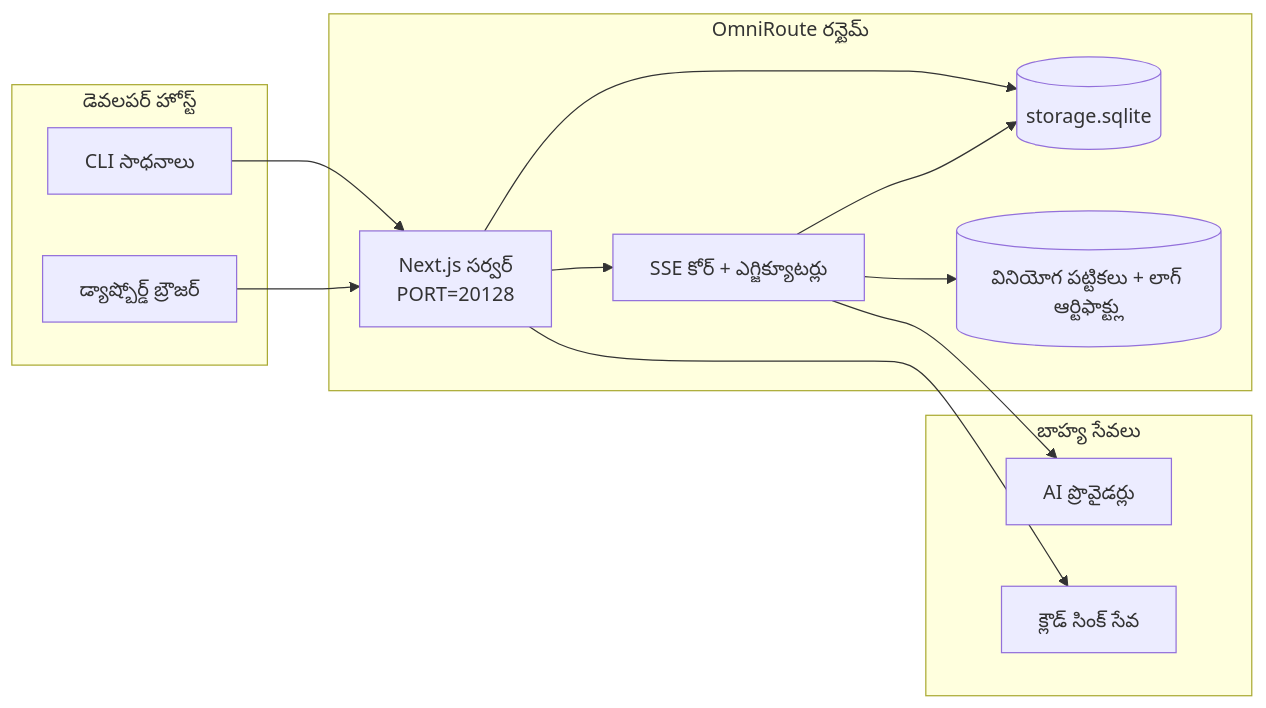
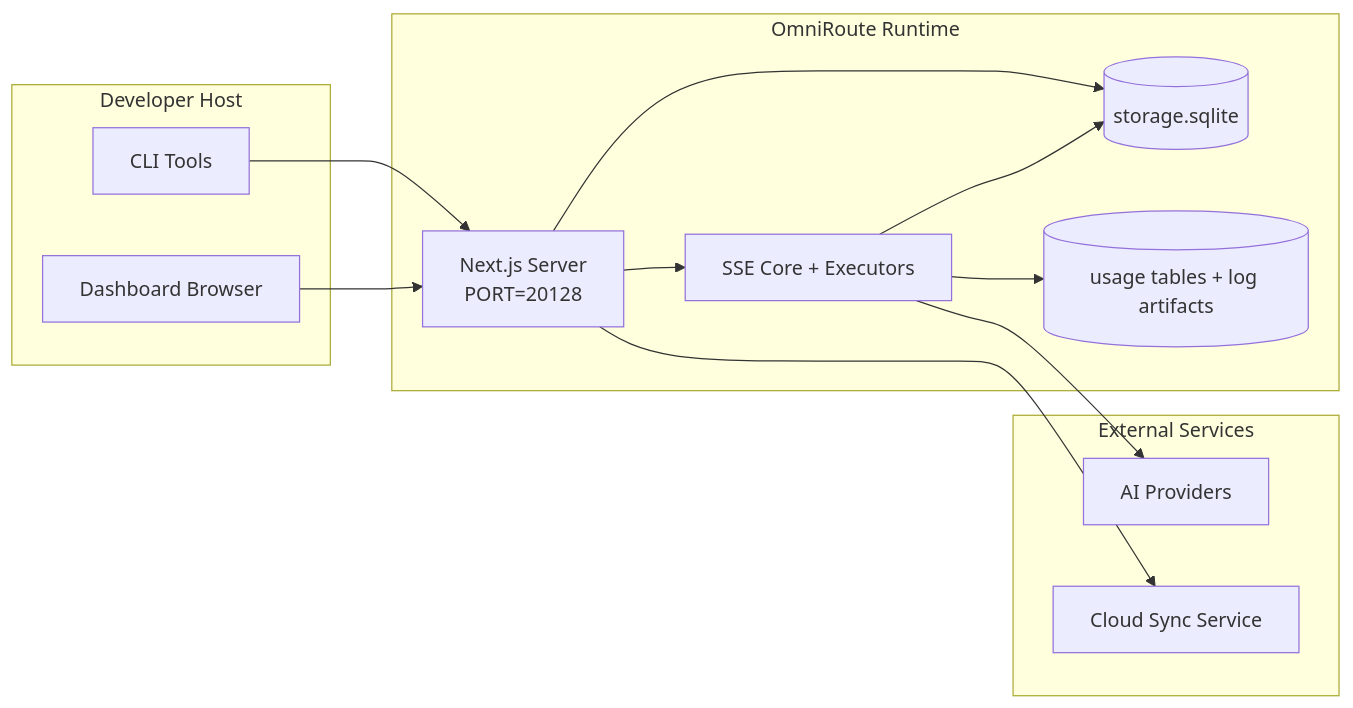
Before and after one commit to niyatna/NiyatnaRoute: the seventh of 7 diagrams in docs/i18n/te/docs/architecture/ARCHITECTURE.md, drawn with Mermaid. The commit also changed other lines of this file and 2447 other files, not shown here.

````diff
--- a/docs/i18n/te/docs/architecture/ARCHITECTURE.md
+++ b/docs/i18n/te/docs/architecture/ARCHITECTURE.md
@@ -806,28 +583,28 @@
 ```mermaid
 flowchart LR
-    subgraph LocalHost[డెవలపర్ హోస్ట్]
-        CLI[CLI సాధనాలు]
-        Browser[డ్యాష్బోర్డ్ బ్రౌజర్]
+    subgraph LocalHost[Developer Host]
+        CLI[CLI Tools]
+        Browser[Dashboard Browser]
     end
 
-    subgraph ContainerOrProcess[OmniRoute రన్టైమ్]
-        Next[Next.js సర్వర్\nPORT=20128]
-        Core[SSE కోర్ + ఎగ్జిక్యూటర్లు]
+    subgraph ContainerOrProcess[OmniRoute Runtime]
+        Next[Next.js Server\nPORT=20128]
+        Core[SSE Core + Executors]
         MainDB[(storage.sqlite)]
-        UsageDB[(వినియోగ పట్టికలు + లాగ్ ఆర్టిఫాక్ట్లు)]
+        UsageDB[(usage tables + log artifacts)]
     end
 
-    subgraph External[బాహ్య సేవలు]
-        Providers[AI ప్రొవైడర్లు]
-        SyncCloud[క్లౌడ్ సింక్ సేవ]
+    subgraph External[External Services]
+        Providers[AI Providers]
+        SyncCloud[Cloud Sync Service]
     end
 
     CLI --> Next
     Browser --> Next
     Next --> Core
     Next --> MainDB
     Core --> MainDB
     Core --> UsageDB
     Core --> Providers
     Next --> SyncCloud
 ```
````
